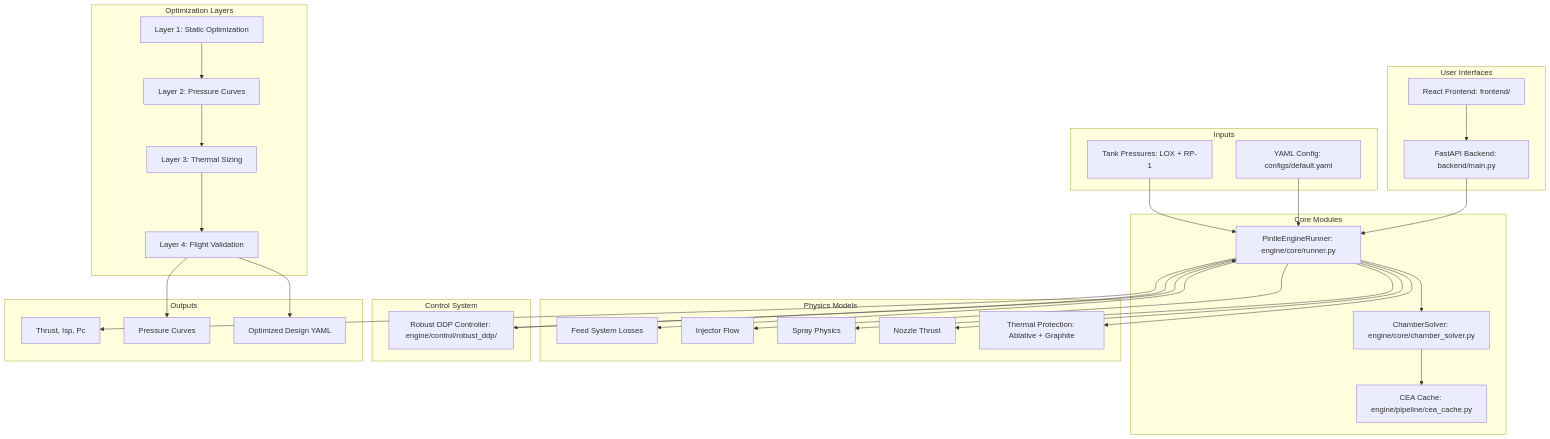
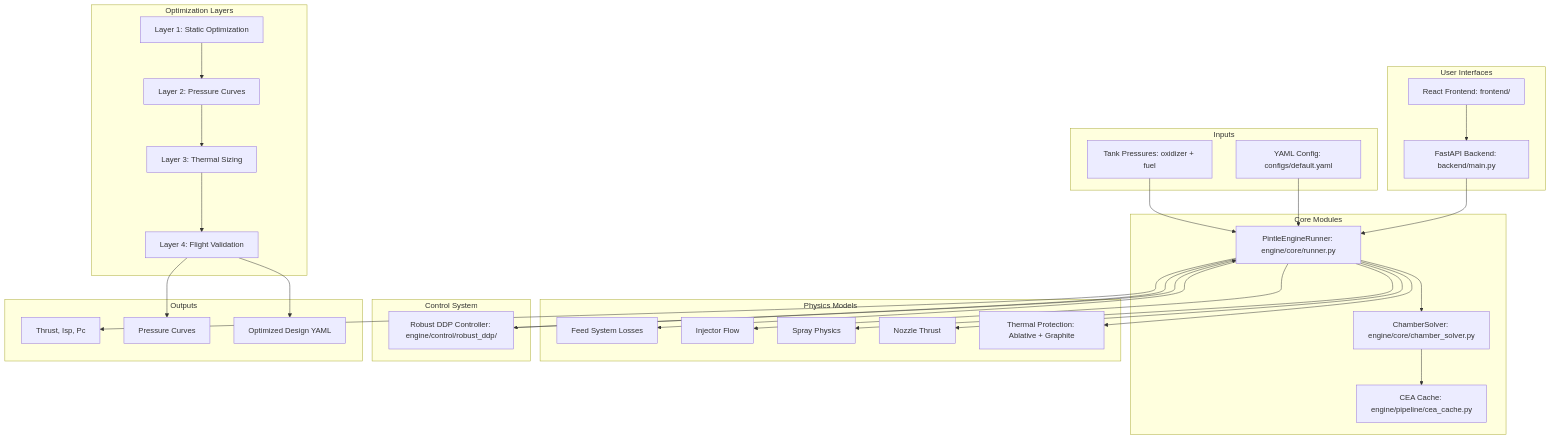
Before and after one commit to calstar/STAR: the diagram in EngineDesign/README.md, drawn with Mermaid. The commit also changed other lines of this file and 3 other files, not shown here.

````diff
--- a/EngineDesign/README.md
+++ b/EngineDesign/README.md
@@ -19,67 +19,67 @@
 ```mermaid
 flowchart TB
     subgraph inputs [Inputs]
-        TankP["Tank Pressures: LOX + RP-1"]
+        TankP["Tank Pressures: oxidizer + fuel"]
         Config["YAML Config: configs/default.yaml"]
     end
 
     subgraph core [Core Modules]
         Runner["PintleEngineRunner: engine/core/runner.py"]
         Solver["ChamberSolver: engine/core/chamber_solver.py"]
         CEA["CEA Cache: engine/pipeline/cea_cache.py"]
     end
 
     subgraph physics [Physics Models]
         Feed[Feed System Losses]
         Injector[Injector Flow]
         Spray[Spray Physics]
         Nozzle[Nozzle Thrust]
         Thermal["Thermal Protection: Ablative + Graphite"]
     end
 
     subgraph optimizer [Optimization Layers]
         L1["Layer 1: Static Optimization"]
         L2["Layer 2: Pressure Curves"]
         L3["Layer 3: Thermal Sizing"]
         L4["Layer 4: Flight Validation"]
     end
 
     subgraph control [Control System]
         DDP["Robust DDP Controller: engine/control/robust_ddp/"]
     end
 
     subgraph interfaces [User Interfaces]
         Backend["FastAPI Backend: backend/main.py"]
         Frontend["React Frontend: frontend/"]
     end
 
     subgraph outputs [Outputs]
         Thrust["Thrust, Isp, Pc"]
         Curves[Pressure Curves]
         Design["Optimized Design YAML"]
     end
 
     TankP --> Runner
     Config --> Runner
     Runner --> Solver
     Solver --> CEA
     Runner --> Feed
     Runner --> Injector
     Runner --> Spray
     Runner --> Nozzle
     Runner --> Thermal
 
     L1 --> L2
     L2 --> L3
     L3 --> L4
 
     Runner --> DDP
     DDP --> Runner
 
     Runner --> Thrust
     L4 --> Curves
     L4 --> Design
 
     Backend --> Runner
     Frontend --> Backend
 ```
````
